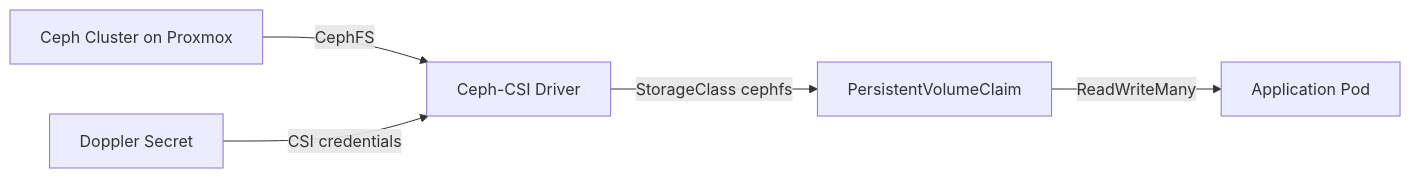
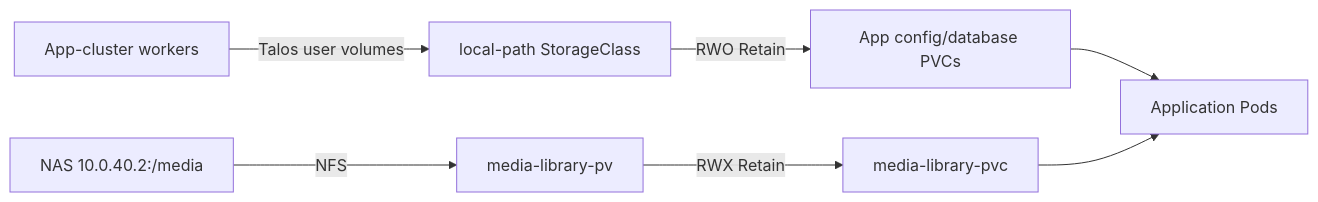
One commit to fabricesemti80/home-dc-kubernetes changed the diagram in docs/storage/overview.md. Above: the diagram before and after it, drawn with Mermaid. The commit also changed other lines of this file and 177 other files, not shown here.

````diff
--- a/docs/storage/overview.md
+++ b/docs/storage/overview.md
@@ -5,7 +5,9 @@
 ```mermaid
 flowchart LR
-    Ceph[Ceph Cluster on Proxmox] -->|CephFS| CSI[Ceph-CSI Driver]
-    Doppler[Doppler Secret] -->|CSI credentials| CSI
-    CSI -->|StorageClass cephfs| PVC[PersistentVolumeClaim]
-    PVC -->|ReadWriteMany| Pod[Application Pod]
+    Workers[App-cluster workers] -->|Talos user volumes| LP[local-path StorageClass]
+    NAS[NAS 10.0.40.2:/media] -->|NFS| MediaPV[media-library-pv]
+    LP -->|RWO Retain| ConfigPVC[App config/database PVCs]
+    MediaPV -->|RWX Retain| MediaPVC[media-library-pvc]
+    ConfigPVC --> Pod[Application Pods]
+    MediaPVC --> Pod
 ```
````
